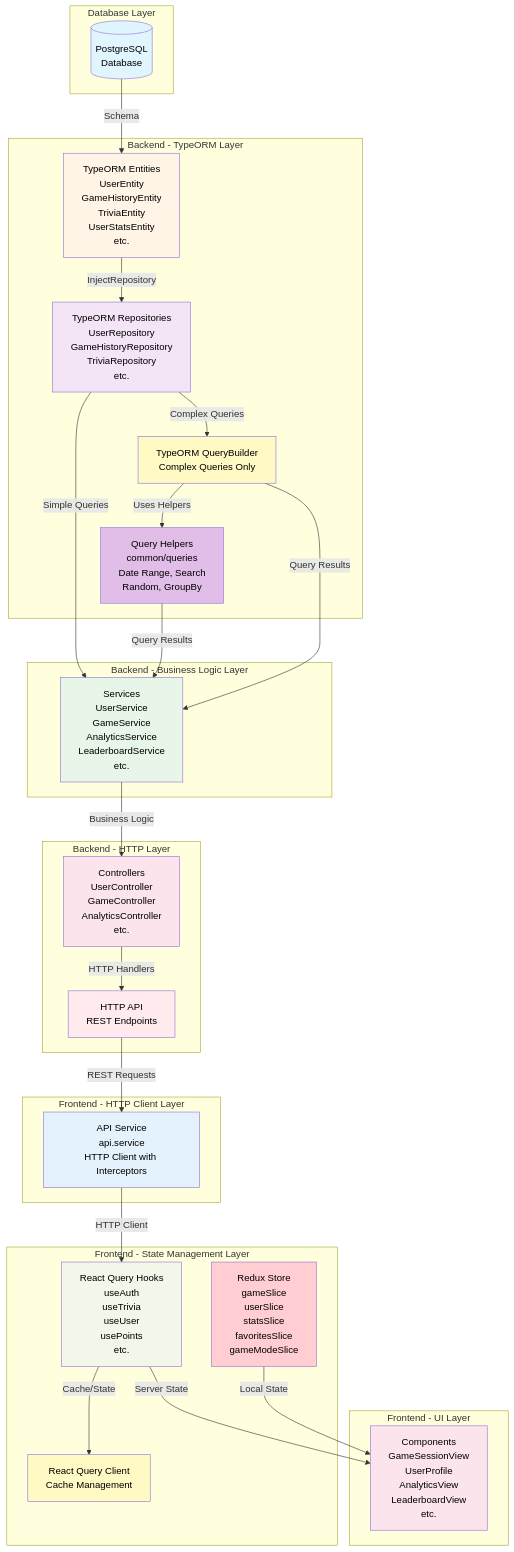
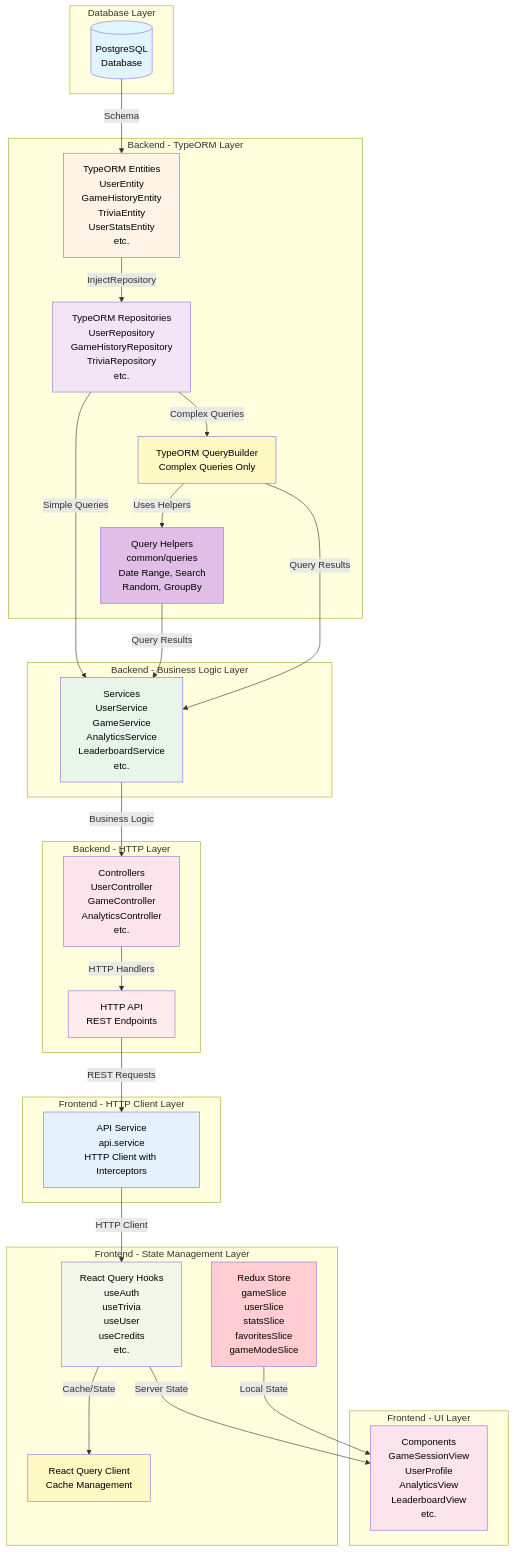
Diagram 27 of 28 in docs/DIAGRAMS.md (IsraelRub/EveryTriv), drawn with Mermaid before and after one commit. The commit also changed other lines of this file and 600 other files, not shown here.

Commit message:
feat: add multiplayer game mode, migrate from points to credits system, reorganize components, and rename AI providers

````diff
--- a/docs/DIAGRAMS.md
+++ b/docs/DIAGRAMS.md
@@ -1735,65 +1769,65 @@
 ```mermaid
 graph TB
     subgraph "Database Layer"
         DB[(PostgreSQL<br/>Database)]
     end
 
     subgraph "Backend - TypeORM Layer"
         E[TypeORM Entities<br/>UserEntity<br/>GameHistoryEntity<br/>TriviaEntity<br/>UserStatsEntity<br/>etc.]
         R[TypeORM Repositories<br/>UserRepository<br/>GameHistoryRepository<br/>TriviaRepository<br/>etc.]
         QB[TypeORM QueryBuilder<br/>Complex Queries Only]
         QH[Query Helpers<br/>common/queries<br/>Date Range, Search<br/>Random, GroupBy]
     end
 
     subgraph "Backend - Business Logic Layer"
         S[Services<br/>UserService<br/>GameService<br/>AnalyticsService<br/>LeaderboardService<br/>etc.]
     end
 
     subgraph "Backend - HTTP Layer"
         C[Controllers<br/>UserController<br/>GameController<br/>AnalyticsController<br/>etc.]
         API[HTTP API<br/>REST Endpoints]
     end
 
     subgraph "Frontend - HTTP Client Layer"
         AS[API Service<br/>api.service<br/>HTTP Client with Interceptors]
     end
 
     subgraph "Frontend - State Management Layer"
         RS[Redux Store<br/>gameSlice<br/>userSlice<br/>statsSlice<br/>favoritesSlice<br/>gameModeSlice]
-        RQ[React Query Hooks<br/>useAuth<br/>useTrivia<br/>useUser<br/>usePoints<br/>etc.]
+        RQ[React Query Hooks<br/>useAuth<br/>useTrivia<br/>useUser<br/>useCredits<br/>etc.]
         QC[React Query Client<br/>Cache Management]
     end
 
     subgraph "Frontend - UI Layer"
         COM[Components<br/>GameSessionView<br/>UserProfile<br/>AnalyticsView<br/>LeaderboardView<br/>etc.]
     end
 
     DB -->|Schema| E
     E -->|InjectRepository| R
     R -->|Simple Queries| S
     R -->|Complex Queries| QB
     QB -->|Uses Helpers| QH
     QH -->|Query Results| S
     QB -->|Query Results| S
     S -->|Business Logic| C
     C -->|HTTP Handlers| API
     API -->|REST Requests| AS
     AS -->|HTTP Client| RQ
     RQ -->|Cache/State| QC
     RQ -->|Server State| COM
     RS -->|Local State| COM
 
     style DB fill:#e1f5ff,color:#000000
     style E fill:#fff4e6,color:#000000
     style R fill:#f3e5f5,color:#000000
     style QB fill:#fff9c4,color:#000000
     style QH fill:#e1bee7,color:#000000
     style S fill:#e8f5e9,color:#000000
     style C fill:#fce4ec,color:#000000
     style API fill:#ffebee,color:#000000
     style AS fill:#e3f2fd,color:#000000
     style RS fill:#ffcdd2,color:#000000
     style RQ fill:#f1f8e9,color:#000000
     style QC fill:#fff9c4,color:#000000
     style COM fill:#fce4ec,color:#000000
 ```
````
